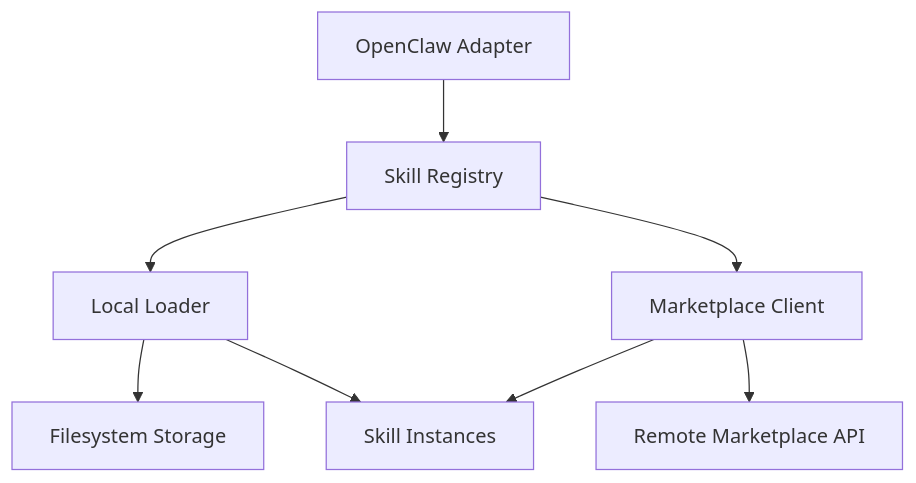
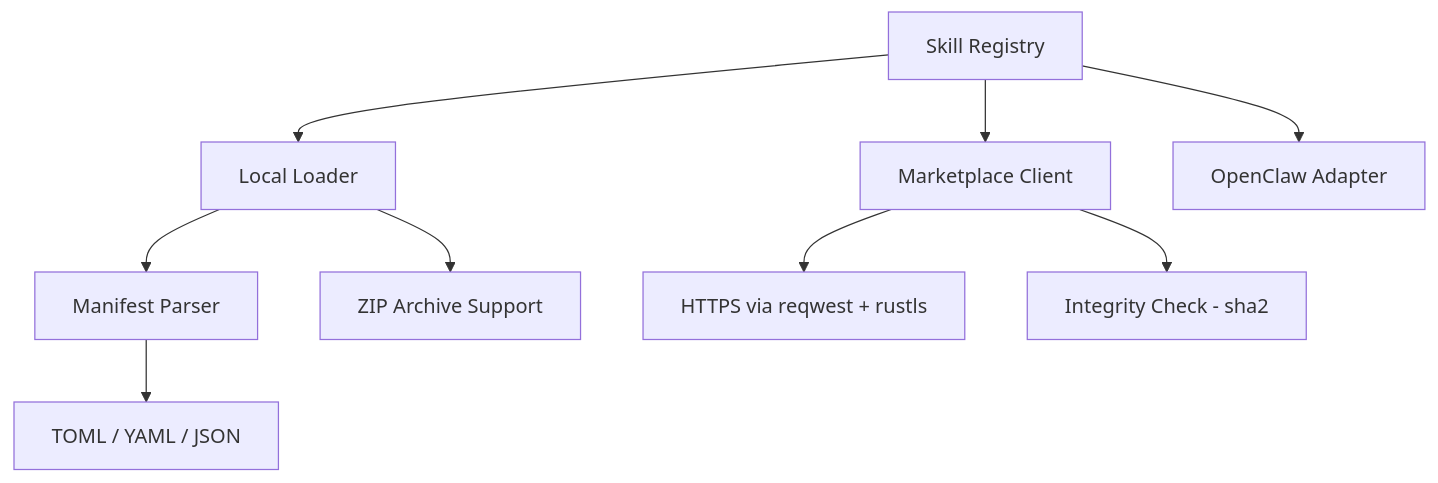
One commit to leszek3737/librefang-WIki changed the diagram in other-librefang-skills.md. Above: the diagram before and after it, drawn with Mermaid. The commit also changed other lines of this file and 120 other files, not shown here.

````diff
--- a/other-librefang-skills.md
+++ b/other-librefang-skills.md
@@ -13,10 +15,11 @@
 ```mermaid
 graph TD
     A[Skill Registry] --> B[Local Loader]
     A --> C[Marketplace Client]
-    D[OpenClaw Adapter] --> A
-    B --> E[Filesystem Storage]
-    C --> F[Remote Marketplace API]
-    B --> G[Skill Instances]
-    C --> G
+    B --> D[Manifest Parser]
+    D --> E[TOML / YAML / JSON]
+    C --> F[HTTPS via reqwest + rustls]
+    C --> G[Integrity Check - sha2]
+    B --> H[ZIP Archive Support]
+    A --> I[OpenClaw Adapter]
 ```
````
